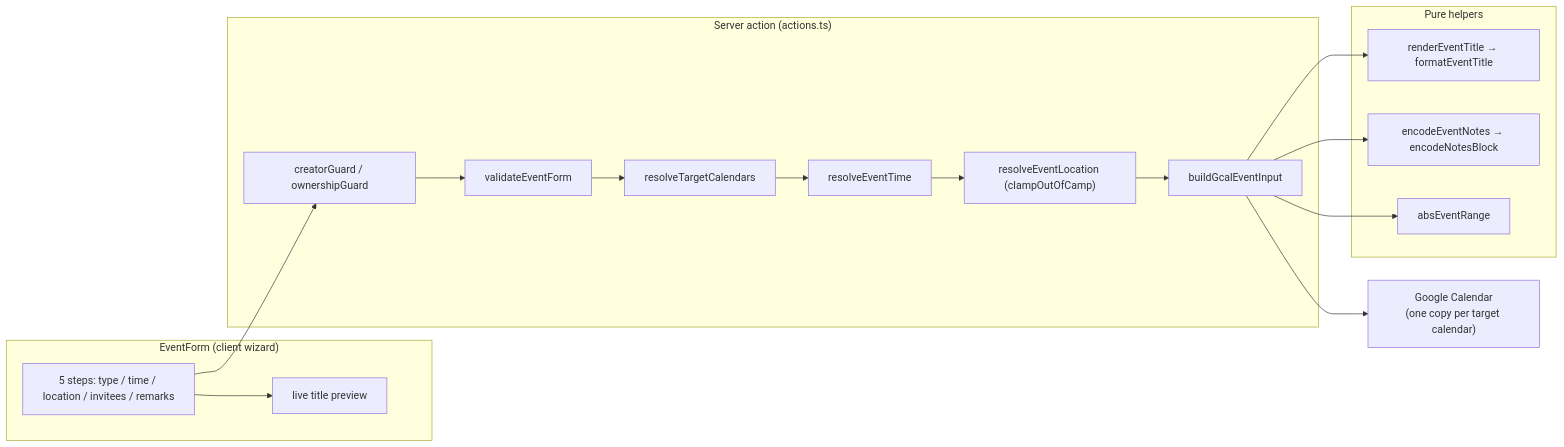
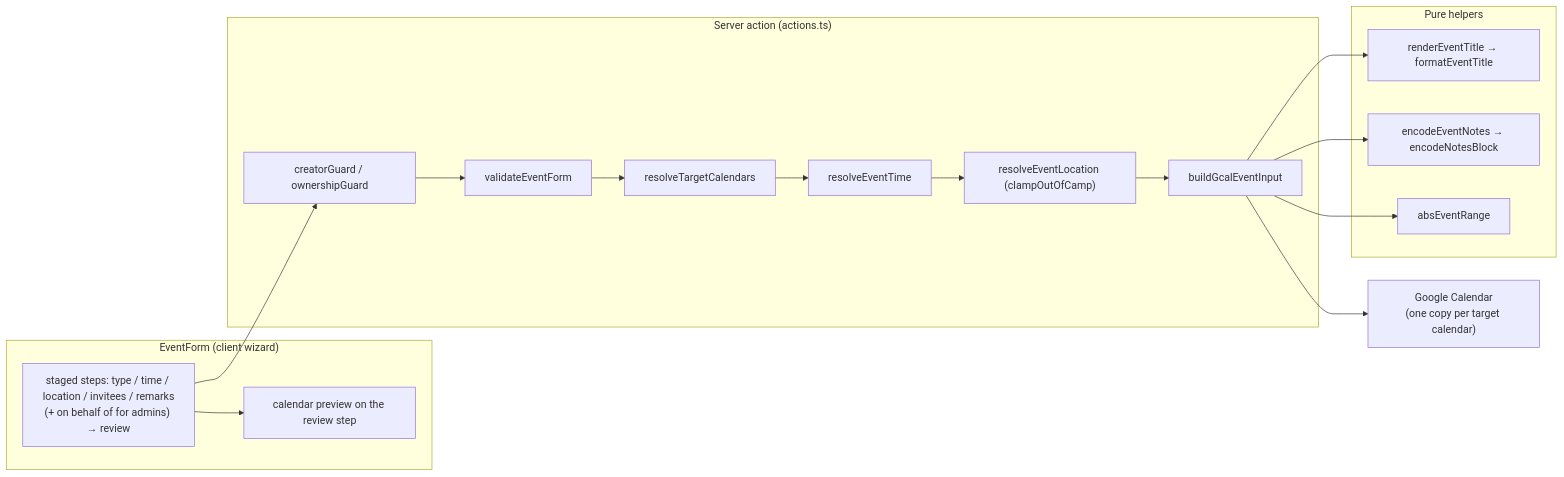
The first of 3 diagrams in docs/event-lifecycle.md (oncloudnintynineone-source/cloudy2), drawn with Mermaid before and after one commit. The commit also changed other lines of this file and 6 other files, not shown here.

````diff
--- a/docs/event-lifecycle.md
+++ b/docs/event-lifecycle.md
@@ -73,28 +73,28 @@
 ```mermaid
 flowchart LR
     subgraph FORM["EventForm (client wizard)"]
-        W["5 steps: type / time / location / invitees / remarks"]
-        P["live title preview"]
+        W["staged steps: type / time / location / invitees / remarks<br/>(+ on behalf of for admins) → review"]
+        P["calendar preview on the review step"]
     end
     subgraph GUARD["Server action (actions.ts)"]
         G["creatorGuard / ownershipGuard"]
         V["validateEventForm"]
         T["resolveTargetCalendars"]
         RT["resolveEventTime"]
         RL["resolveEventLocation (clampOutOfCamp)"]
         B["buildGcalEventInput"]
     end
     subgraph PURE["Pure helpers"]
         TE["renderEventTitle → formatEventTitle"]
         NB["encodeEventNotes → encodeNotesBlock"]
         AR["absEventRange"]
     end
     Gcal["Google Calendar<br/>(one copy per target calendar)"]
 
     W --> P
     W --> G --> V --> T --> RT --> RL --> B
     B --> TE
     B --> NB
     B --> AR
     B --> Gcal
 ```
````
